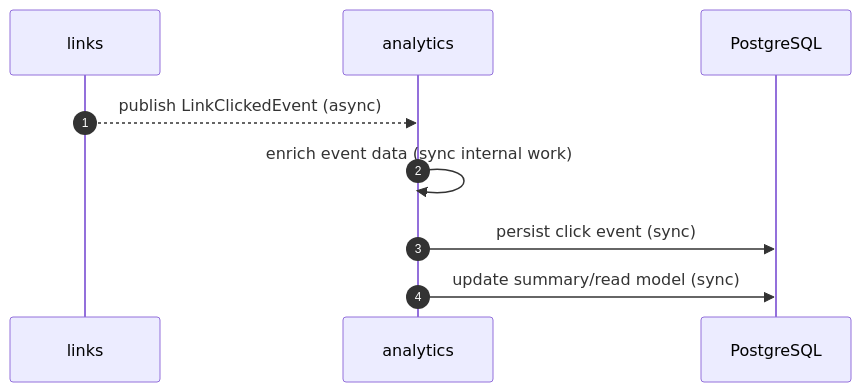
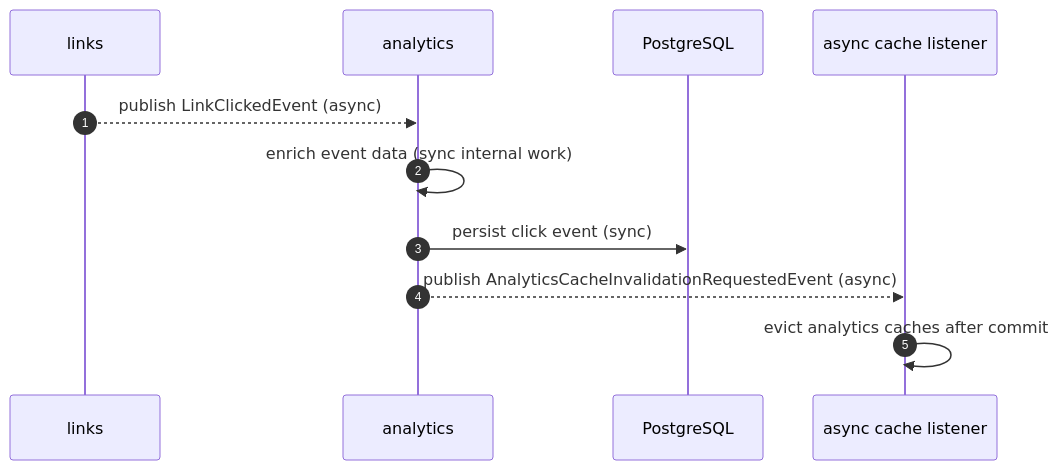
Before and after one commit to leoyakubov/weblink-pilot: the fourth of 6 diagrams in docs/design/module-communication.md, drawn with Mermaid. The commit also changed other lines of this file and 8 other files, not shown here.

Commit message:
feat: async analytics cache invalidation

````diff
--- a/docs/design/module-communication.md
+++ b/docs/design/module-communication.md
@@ -135,12 +137,14 @@
 ```mermaid
 sequenceDiagram
   autonumber
   participant L as links
   participant E as analytics
   participant DB as PostgreSQL
+  participant C as async cache listener
 
   L-->>E: publish LinkClickedEvent (async)
   E->>E: enrich event data (sync internal work)
   E->>DB: persist click event (sync)
-  E->>DB: update summary/read model (sync)
+  E-->>C: publish AnalyticsCacheInvalidationRequestedEvent (async)
+  C->>C: evict analytics caches after commit
 ```
````
